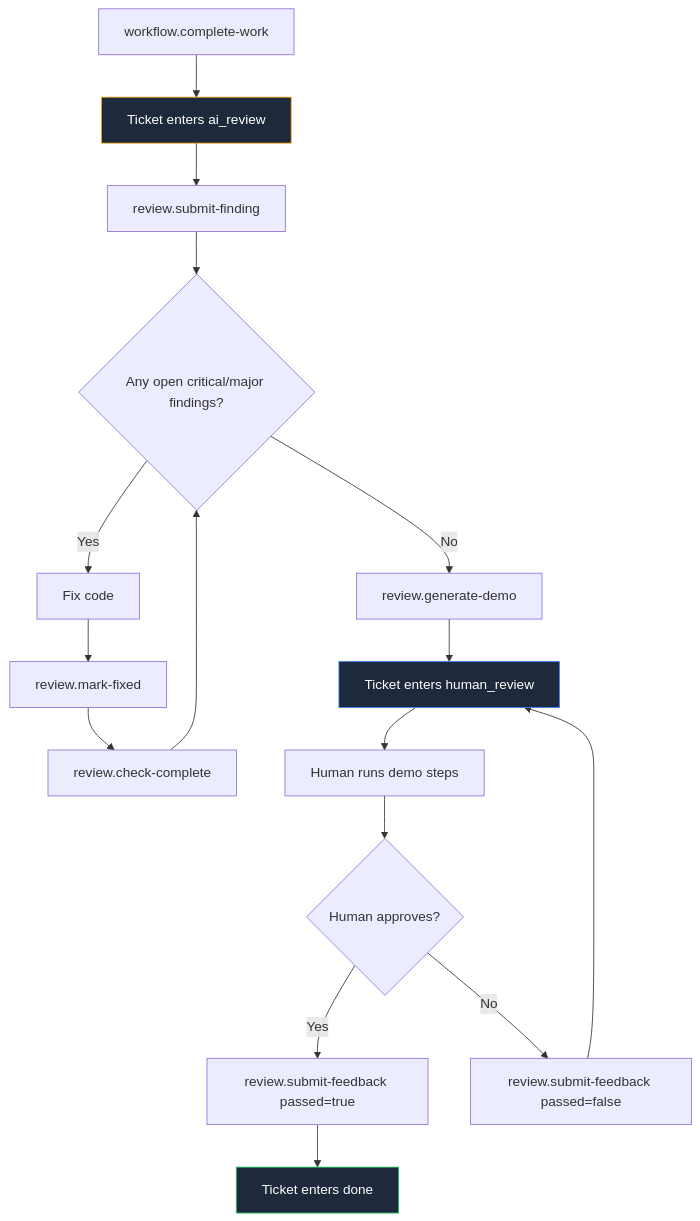
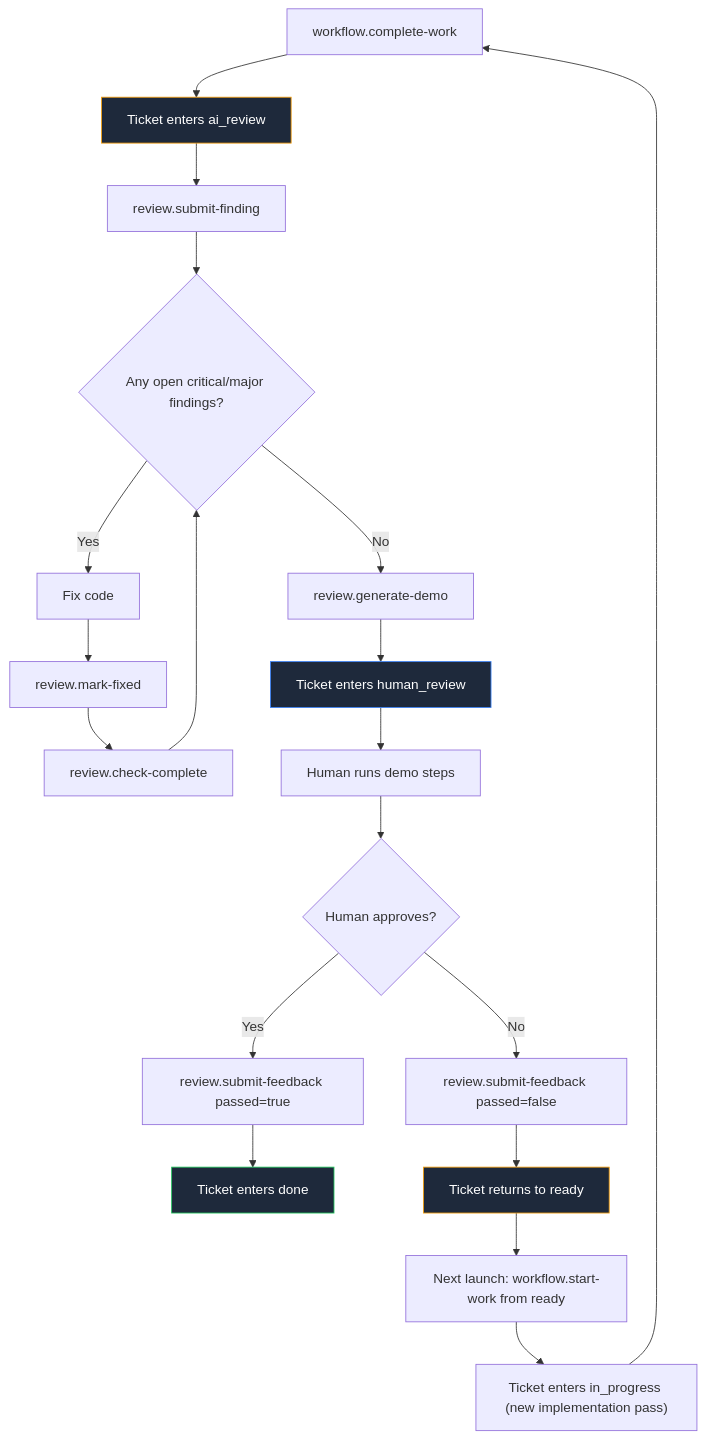
One commit to salmanrrana/brain-dump changed the eighth of 14 diagrams in docs/universal-quality-workflow-per-provider-diagrams.md. Above: the diagram before and after it, drawn with Mermaid. The commit also changed other lines of this file and 30 other files, not shown here.

````diff
--- a/docs/universal-quality-workflow-per-provider-diagrams.md
+++ b/docs/universal-quality-workflow-per-provider-diagrams.md
@@ -312,24 +327,28 @@
 ```mermaid
 flowchart TB
     A["workflow.complete-work"] --> B["Ticket enters ai_review"]
     B --> C["review.submit-finding"]
     C --> D{"Any open critical/major findings?"}
 
     D -->|Yes| E["Fix code"]
     E --> F["review.mark-fixed"]
     F --> G["review.check-complete"]
     G --> D
 
     D -->|No| H["review.generate-demo"]
     H --> I["Ticket enters human_review"]
     I --> J["Human runs demo steps"]
     J --> K{"Human approves?"}
     K -->|Yes| L["review.submit-feedback passed=true"]
     L --> M["Ticket enters done"]
     K -->|No| N["review.submit-feedback passed=false"]
-    N --> I
+    N --> O["Ticket returns to ready"]
+    O --> P["Next launch: workflow.start-work from ready"]
+    P --> Q["Ticket enters in_progress (new implementation pass)"]
+    Q --> A
 
     style B fill:#1e293b,stroke:#f59e0b,color:#fff
+    style O fill:#1e293b,stroke:#f59e0b,color:#fff
     style I fill:#1e293b,stroke:#3b82f6,color:#fff
     style M fill:#1e293b,stroke:#22c55e,color:#fff
 ```
````
